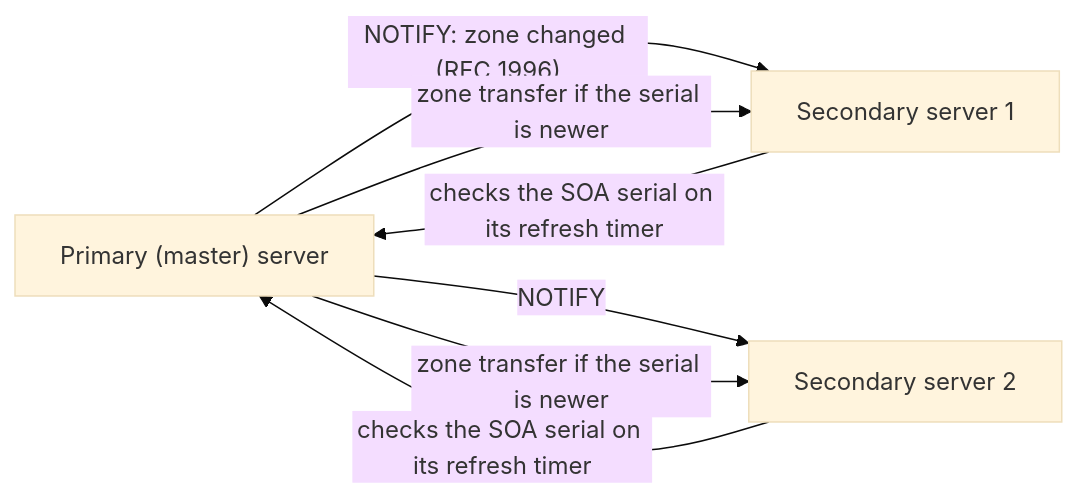
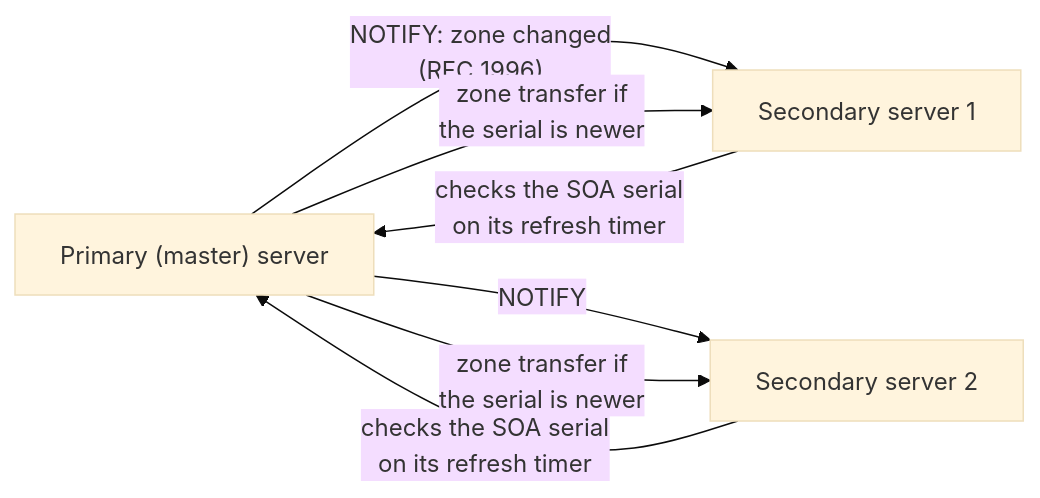
One commit to FahimMashroor/Chalmers_CSC changed diagram 19 of 41 in EDA387-Computer-Networks/02-DNS.md. Above: the diagram before and after it, drawn with Mermaid (base theme). The commit also changed other lines of this file, not shown here.

Commit message:
Rewrite 02 DNS in simple language with examples and diagrams

````diff
--- a/EDA387-Computer-Networks/02-DNS.md
+++ b/EDA387-Computer-Networks/02-DNS.md
@@ -592,9 +786,9 @@
 ```mermaid
 flowchart LR
-  P["Primary (master) server"] -->|"NOTIFY: zone changed (RFC 1996)"| S1["Secondary server 1"]
+  P["Primary (master) server"] -->|"NOTIFY: zone changed<br/>(RFC 1996)"| S1["Secondary server 1"]
   P -->|"NOTIFY"| S2["Secondary server 2"]
-  S1 -->|"checks the SOA serial on its refresh timer"| P
-  S2 -->|"checks the SOA serial on its refresh timer"| P
-  P -->|"zone transfer if the serial is newer"| S1
-  P -->|"zone transfer if the serial is newer"| S2
+  S1 -->|"checks the SOA serial<br/>on its refresh timer"| P
+  S2 -->|"checks the SOA serial<br/>on its refresh timer"| P
+  P -->|"zone transfer if<br/>the serial is newer"| S1
+  P -->|"zone transfer if<br/>the serial is newer"| S2
 ```
````
